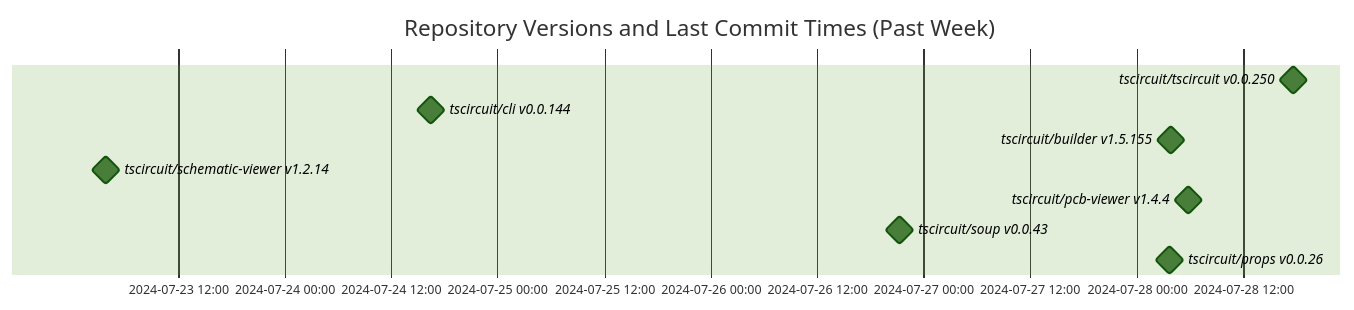
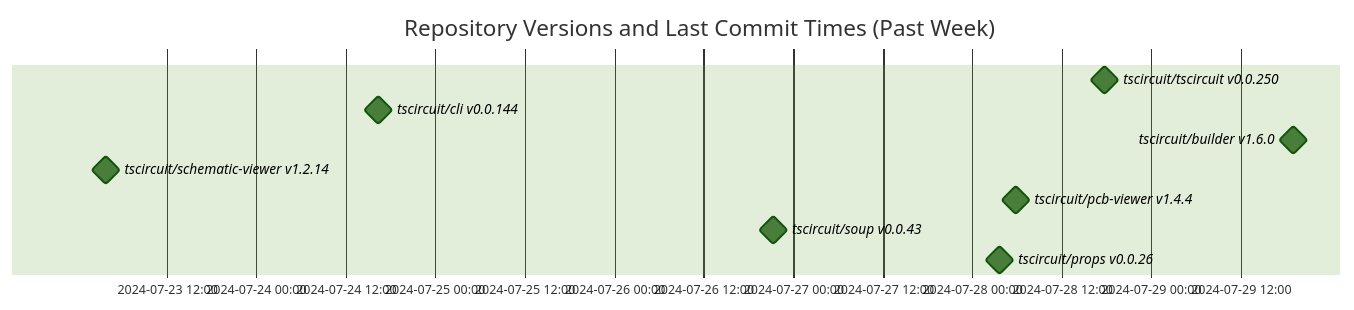
Before and after one commit to tscircuit/version-tracker: the diagram in README.md, drawn with Mermaid (forest theme).

Commit message:
Update chart

````diff
--- a/README.md
+++ b/README.md
@@ -1,14 +1,14 @@
 ```mermaid
 gantt
   dateFormat  YYYY-MM-DD HH:mm:ss
   title Repository Versions and Last Commit Times (Past Week)
   axisFormat %Y-%m-%d %H:%M
 
   tscircuit/tscircuit v0.0.250 : milestone, 2024-07-28 17:40:14, 1s
   tscircuit/cli v0.0.144 : milestone, 2024-07-24 16:24:13, 1s
-  tscircuit/builder v1.5.155 : milestone, 2024-07-28 03:53:14, 1s
+  tscircuit/builder v1.6.0 : milestone, 2024-07-29 19:02:16, 1s
   tscircuit/schematic-viewer v1.2.14 : milestone, 2024-07-23 03:50:56, 1s
   tscircuit/pcb-viewer v1.4.4 : milestone, 2024-07-28 05:46:25, 1s
   tscircuit/soup v0.0.43 : milestone, 2024-07-26 21:15:18, 1s
   tscircuit/props v0.0.26 : milestone, 2024-07-28 03:42:14, 1s
 ```
````
